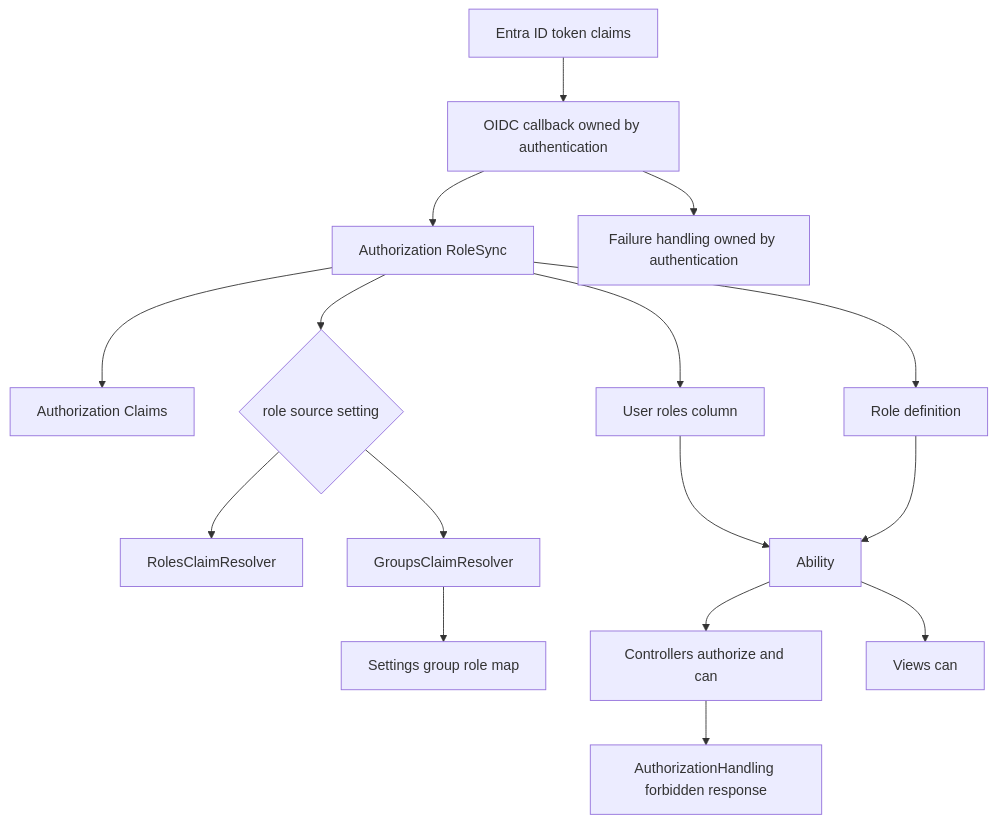
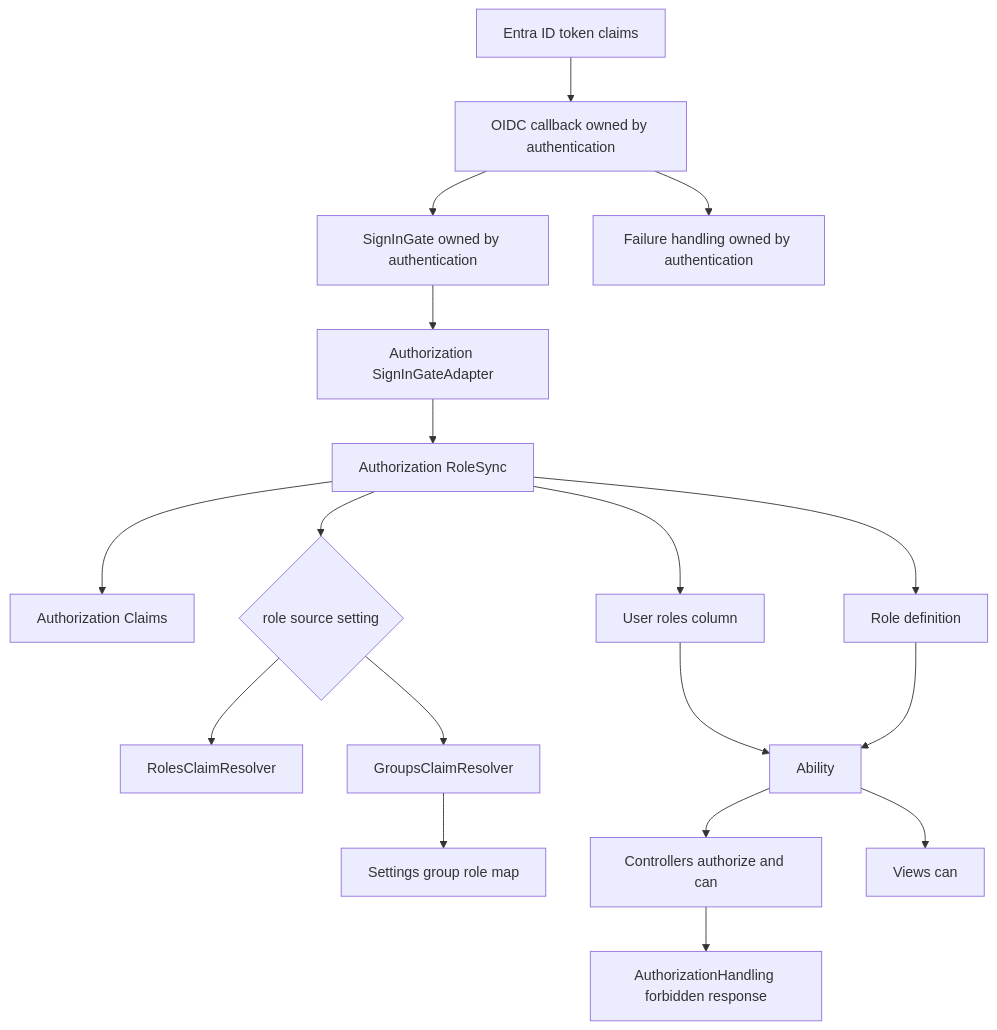
One commit to ryu-sato/rails7-with-entraid changed the first of 2 diagrams in .kiro/specs/entra-authorization/design.md. Above: the diagram before and after it, drawn with Mermaid. The commit also changed other lines of this file and 1 other file, not shown here.

Commit message:
docs(entra-authorization): SignInGate のアダプタ登録に接続方式を更新

````diff
--- a/.kiro/specs/entra-authorization/design.md
+++ b/.kiro/specs/entra-authorization/design.md
@@ -57,18 +57,20 @@
 ```mermaid
 graph TB
     EntraId[Entra ID token claims] --> Callback[OIDC callback owned by authentication]
-    Callback --> RoleSync[Authorization RoleSync]
+    Callback --> Gate[SignInGate owned by authentication]
+    Gate --> Adapter[Authorization SignInGateAdapter]
+    Adapter --> RoleSync[Authorization RoleSync]
     RoleSync --> Claims[Authorization Claims]
     RoleSync --> Resolver{role source setting}
     Resolver --> RolesClaim[RolesClaimResolver]
     Resolver --> GroupsClaim[GroupsClaimResolver]
     GroupsClaim --> Settings[Settings group role map]
     RoleSync --> RoleDef[Role definition]
     RoleSync --> UserModel[User roles column]
     Callback --> Failure[Failure handling owned by authentication]
     UserModel --> Ability[Ability]
     RoleDef --> Ability
     Ability --> Controllers[Controllers authorize and can]
     Ability --> Views[Views can]
     Controllers --> Handling[AuthorizationHandling forbidden response]
 ```
````
